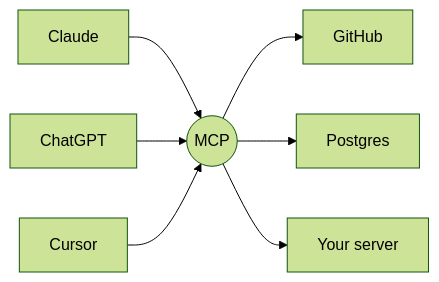
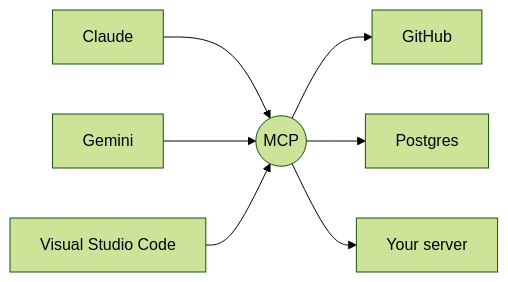
One commit to fb-talks/generative-ui changed the second of 3 diagrams in decks/06-what-is-mcp.md. Above: the diagram before and after it, drawn with Mermaid (forest theme). The commit also changed other lines of this file and 7 other files, not shown here.

````diff
--- a/decks/06-what-is-mcp.md
+++ b/decks/06-what-is-mcp.md
@@ -40,9 +40,9 @@
 ```mermaid
 flowchart LR
   A[Claude] --> P((MCP))
-  B[ChatGPT] --> P
-  C[Cursor] --> P
+  B[Gemini] --> P
+  C[Visual Studio Code] --> P
   P --> X1[GitHub]
   P --> X2[Postgres]
   P --> X3[Your server]
 ```
````
